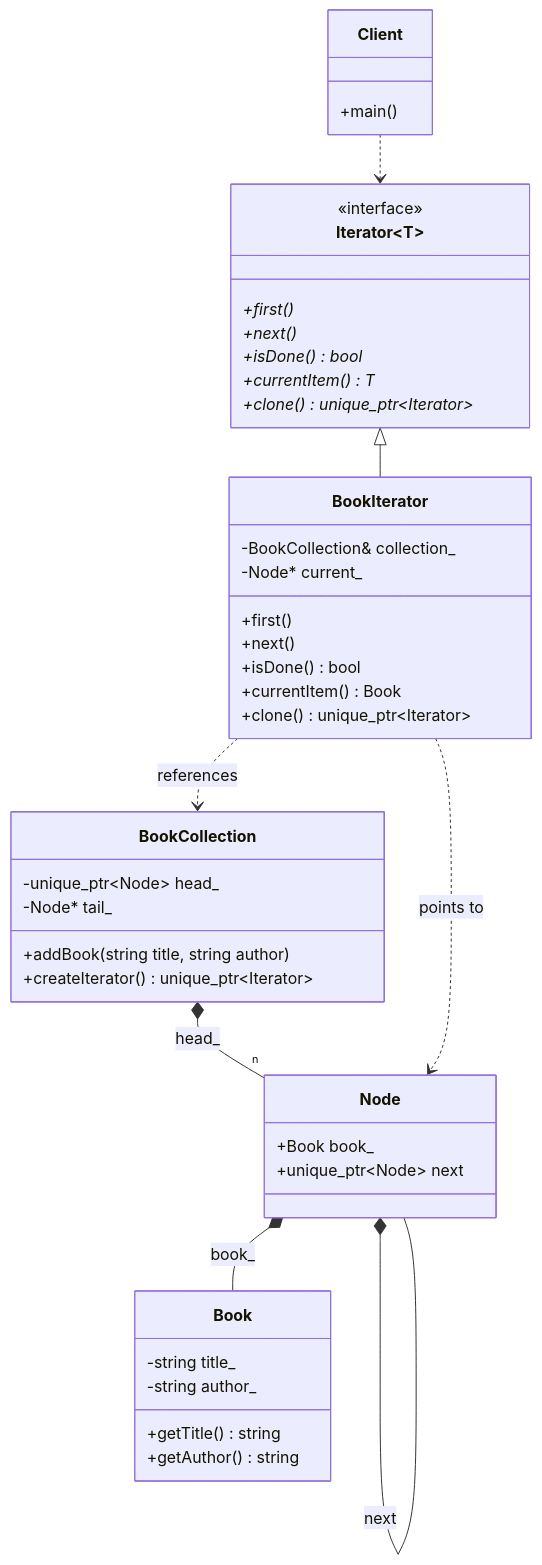
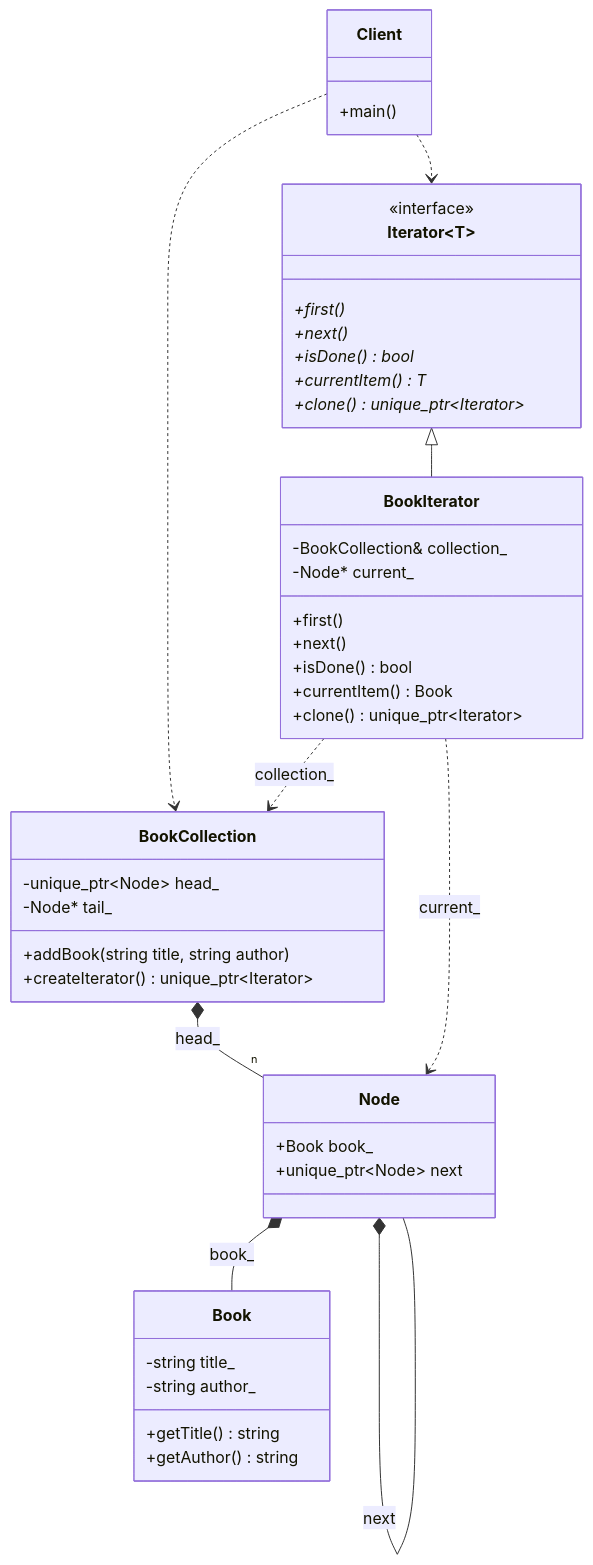
Before and after one commit to Cichlidfishexigency721/Modern-CPP-Design-Patterns: the diagram in 21_Iterator/Iterator_GoF/diagram.md, drawn with Mermaid. The commit also changed 1 other file, not shown here.

Commit message:
Improvement in UML

````diff
--- a/21_Iterator/Iterator_GoF/diagram.md
+++ b/21_Iterator/Iterator_GoF/diagram.md
@@ -3,55 +3,56 @@
 ```mermaid
 classDiagram
     class Book {
         -string title_
         -string author_
         +getTitle() string
         +getAuthor() string
     }
 
     class Iterator~T~ {
         <<interface>>
         +first()*
         +next()*
         +isDone()* bool
         +currentItem()* T
         +clone()* unique_ptr~Iterator~
     }
 
     class Node {
         +Book book_
         +unique_ptr~Node~ next
     }
 
     class BookCollection {
         -unique_ptr~Node~ head_
         -Node* tail_
         +addBook(string title, string author)
         +createIterator() unique_ptr~Iterator~
     }
 
     class BookIterator {
         -BookCollection& collection_
         -Node* current_
         +first()
         +next()
         +isDone() bool
         +currentItem() Book
         +clone() unique_ptr~Iterator~
     }
 
     class Client {
         +main()
     }
 
     Iterator~Book~ <|-- BookIterator
 
     BookCollection *-- "n" Node : head_
     Node *-- Book : book_
     Node *-- Node : next
 
-    BookIterator ..> BookCollection : references
-    BookIterator ..> Node : points to
+    BookIterator ..> BookCollection : collection_
+    BookIterator ..> Node : current_
     
+    Client ..> BookCollection
     Client ..> Iterator
 ```
````
